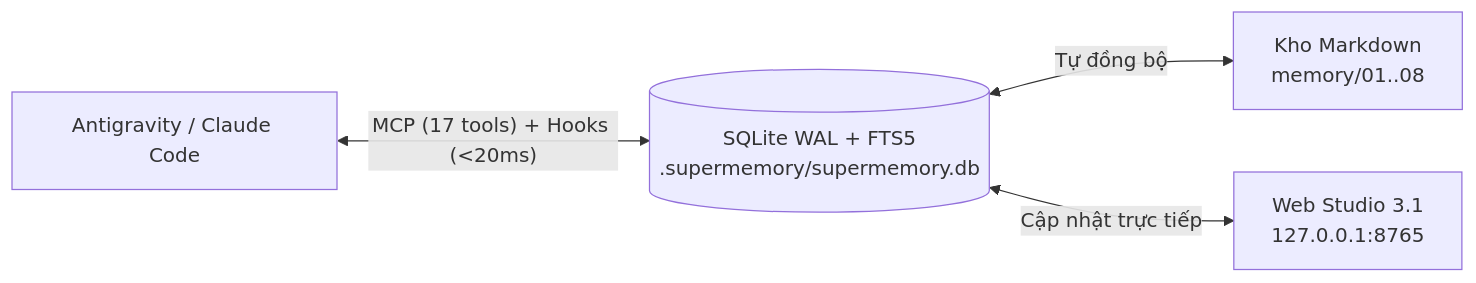
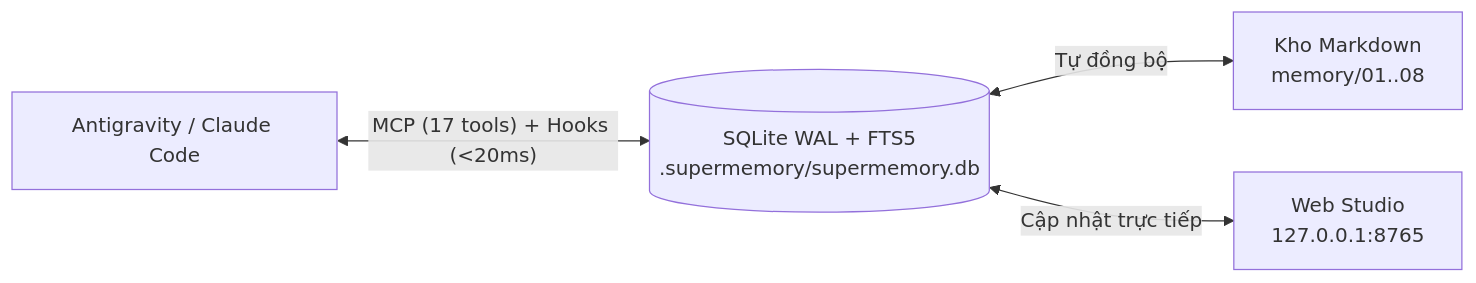
The diagram in README.vi.md (vtnguyen04/research-supermemory), drawn with Mermaid before and after one commit. The commit also changed other lines of this file and 9 other files, not shown here.

````diff
--- a/README.vi.md
+++ b/README.vi.md
@@ -60,6 +60,6 @@
 ```mermaid
 flowchart LR
     A["Antigravity / Claude Code"] <-->|"MCP (17 tools) + Hooks (<20ms)"| B[("SQLite WAL + FTS5\n.supermemory/supermemory.db")]
     B <-->|"Tự đồng bộ"| C["Kho Markdown\nmemory/01..08"]
-    B <-->|"Cập nhật trực tiếp"| D["Web Studio 3.1\n127.0.0.1:8765"]
+    B <-->|"Cập nhật trực tiếp"| D["Web Studio\n127.0.0.1:8765"]
 ```
````
